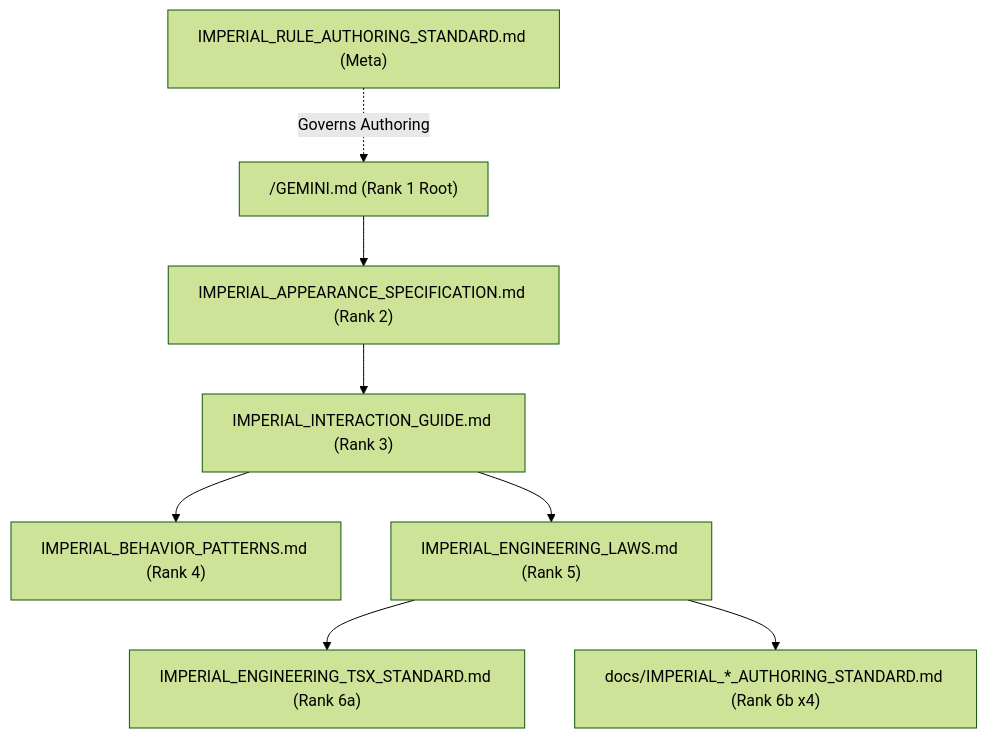
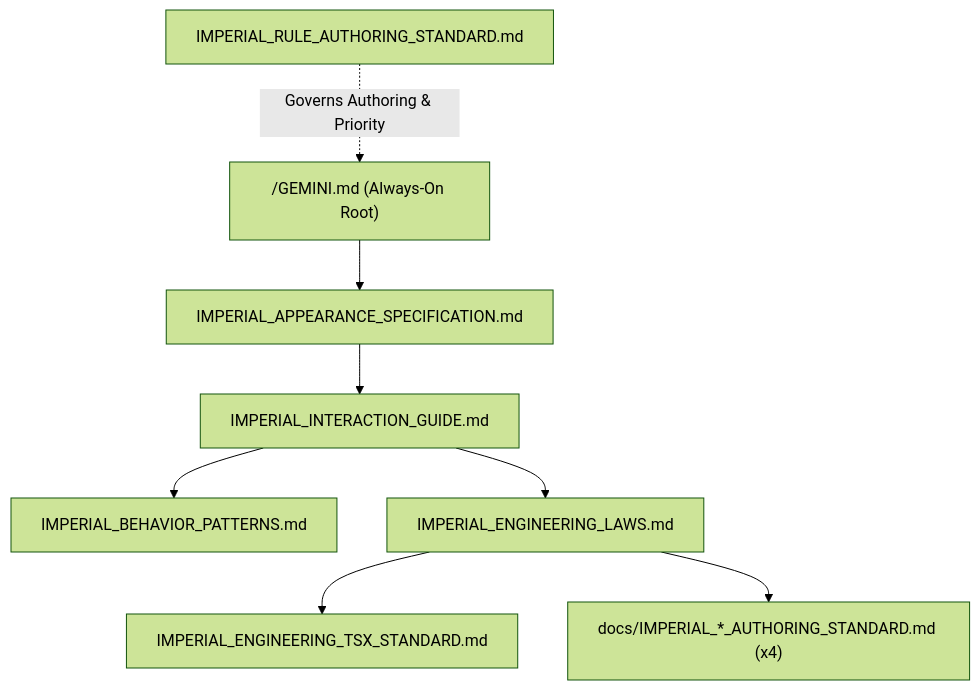
One commit to jinseobhong/eterna-luminas changed the diagram in .agents/rules/README.md. Above: the diagram before and after it, drawn with Mermaid (forest theme). The commit also changed other lines of this file and 14 other files, not shown here.

````diff
--- a/.agents/rules/README.md
+++ b/.agents/rules/README.md
@@ -31,10 +29,10 @@
 ```mermaid
 graph TD
-    ROOT["/GEMINI.md (Rank 1 Root)"] --> SPEC["IMPERIAL_APPEARANCE_SPECIFICATION.md (Rank 2)"]
-    SPEC --> GUIDE["IMPERIAL_INTERACTION_GUIDE.md (Rank 3)"]
-    GUIDE --> BEHAV["IMPERIAL_BEHAVIOR_PATTERNS.md (Rank 4)"]
-    GUIDE --> ENG["IMPERIAL_ENGINEERING_LAWS.md (Rank 5)"]
-    ENG --> TSX["IMPERIAL_ENGINEERING_TSX_STANDARD.md (Rank 6a)"]
-    ENG --> DOCS["docs/IMPERIAL_*_AUTHORING_STANDARD.md (Rank 6b x4)"]
-    AUTH["IMPERIAL_RULE_AUTHORING_STANDARD.md (Meta)"] -. "Governs Authoring" .-> ROOT
+    ROOT["/GEMINI.md (Always-On Root)"] --> SPEC["IMPERIAL_APPEARANCE_SPECIFICATION.md"]
+    SPEC --> GUIDE["IMPERIAL_INTERACTION_GUIDE.md"]
+    GUIDE --> BEHAV["IMPERIAL_BEHAVIOR_PATTERNS.md"]
+    GUIDE --> ENG["IMPERIAL_ENGINEERING_LAWS.md"]
+    ENG --> TSX["IMPERIAL_ENGINEERING_TSX_STANDARD.md"]
+    ENG --> DOCS["docs/IMPERIAL_*_AUTHORING_STANDARD.md (x4)"]
+    AUTH["IMPERIAL_RULE_AUTHORING_STANDARD.md"] -. "Governs Authoring & Priority" .-> ROOT
 ```
````
